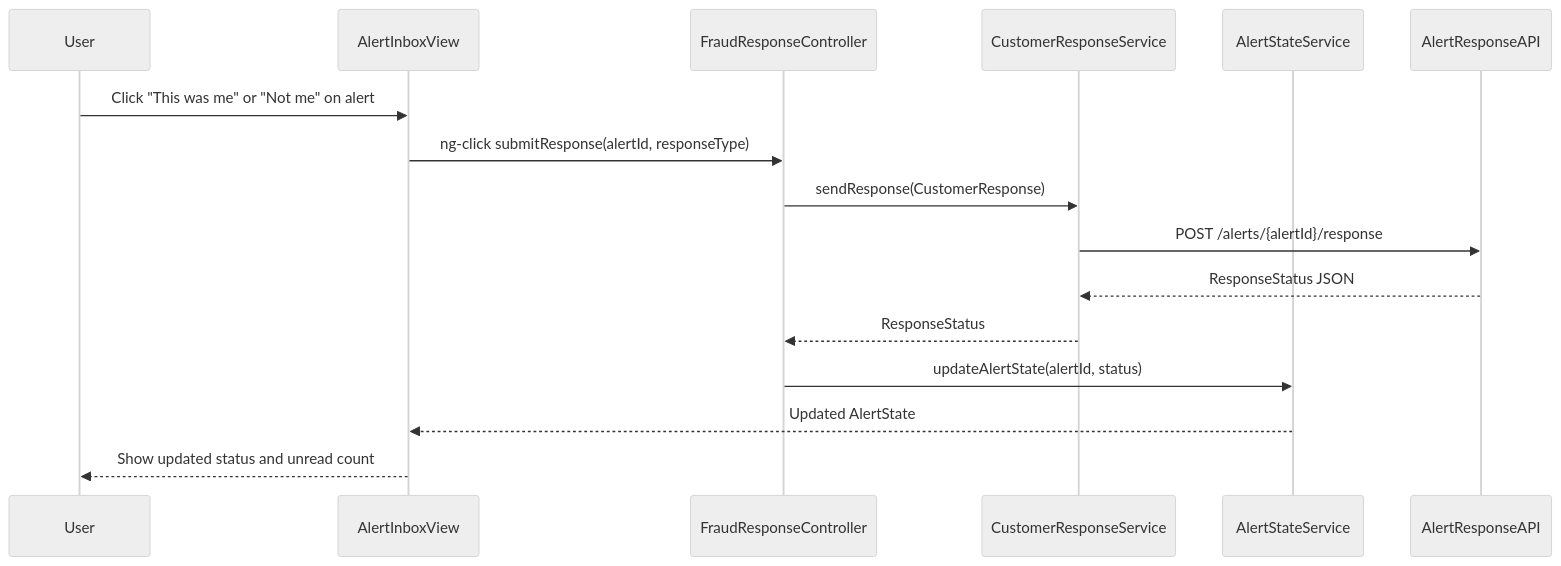
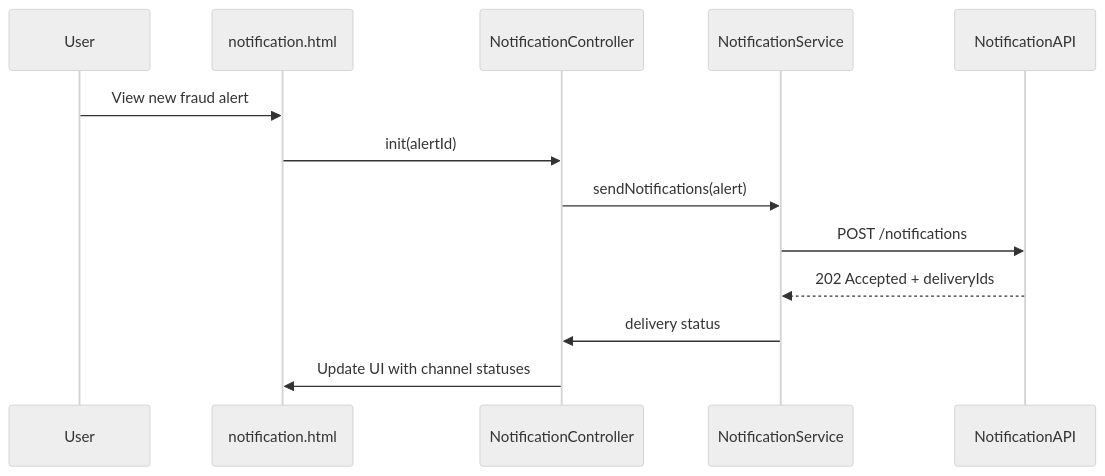
The diagram in LLD/QE-5606_LLD.md (Davamani-git/APB_Demo), drawn with Mermaid (neutral theme) before and after one commit. The commit also changed other lines of this file and 2 other files, not shown here.

````diff
--- a/LLD/QE-5606_LLD.md
+++ b/LLD/QE-5606_LLD.md
@@ -81,19 +73,16 @@
 ```mermaid
 sequenceDiagram
-  participant User
-  participant View as AlertInboxView
-  participant Controller as FraudResponseController
-  participant Service as CustomerResponseService
-  participant State as AlertStateService
-  participant API as AlertResponseAPI
+    participant User
+    participant View as notification.html
+    participant Controller as NotificationController
+    participant Service as NotificationService
+    participant API as NotificationAPI
 
-  User->>View: Click "This was me" or "Not me" on alert
-  View->>Controller: ng-click submitResponse(alertId, responseType)
-  Controller->>Service: sendResponse(CustomerResponse)
-  Service->>API: POST /alerts/{alertId}/response
-  API-->>Service: ResponseStatus JSON
-  Service-->>Controller: ResponseStatus
-  Controller->>State: updateAlertState(alertId, status)
-  State-->>View: Updated AlertState
-  View-->>User: Show updated status and unread count
+    User->>View: View new fraud alert
+    View->>Controller: init(alertId)
+    Controller->>Service: sendNotifications(alert)
+    Service->>API: POST /notifications
+    API-->>Service: 202 Accepted + deliveryIds
+    Service->>Controller: delivery status
+    Controller->>View: Update UI with channel statuses
 ```
````
